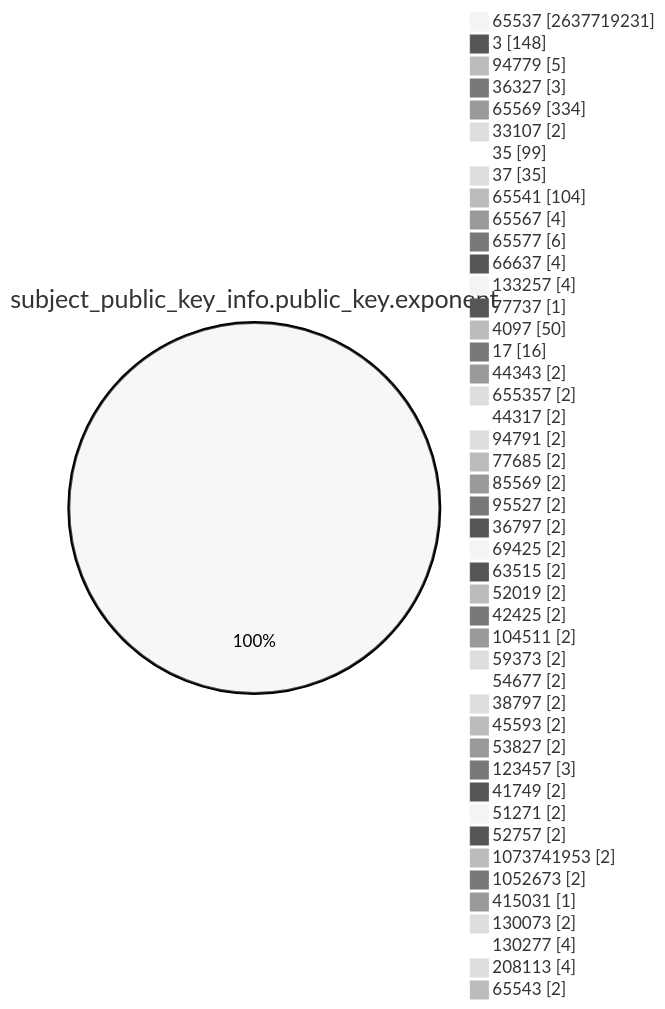
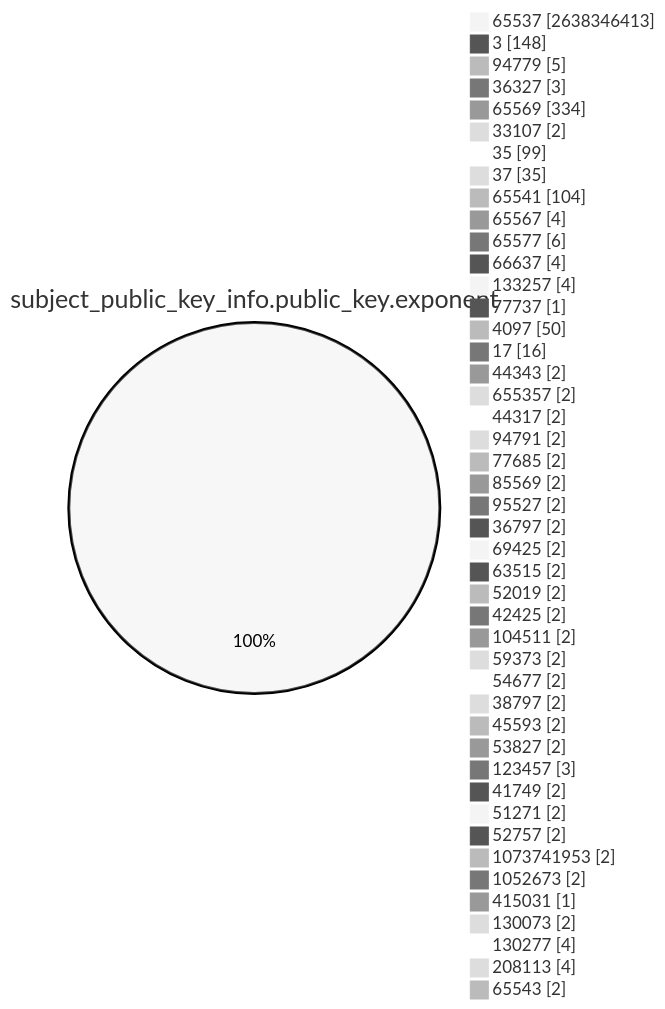
Before and after one commit to christiankrug/ctmonitor_visualization: the fourth of 15 diagrams in TOTAL/README.md, drawn with Mermaid (neutral theme). The commit also changed other lines of this file, not shown here.

````diff
--- a/TOTAL/README.md
+++ b/TOTAL/README.md
@@ -1467,49 +1467,49 @@
 ```mermaid
 pie showData
 title subject_public_key_info.public_key.exponent
-"65537" :2637719231
+"65537" :2638346413
 "3" :148
 "94779" :5
 "36327" :3
 "65569" :334
 "33107" :2
 "35" :99
 "37" :35
 "65541" :104
 "65567" :4
 "65577" :6
 "66637" :4
 "133257" :4
 "77737" :1
 "4097" :50
 "17" :16
 "44343" :2
 "655357" :2
 "44317" :2
 "94791" :2
 "77685" :2
 "85569" :2
 "95527" :2
 "36797" :2
 "69425" :2
 "63515" :2
 "52019" :2
 "42425" :2
 "104511" :2
 "59373" :2
 "54677" :2
 "38797" :2
 "45593" :2
 "53827" :2
 "123457" :3
 "41749" :2
 "51271" :2
 "52757" :2
 "1073741953" :2
 "1052673" :2
 "415031" :1
 "130073" :2
 "130277" :4
 "208113" :4
 "65543" :2
 ```
````
